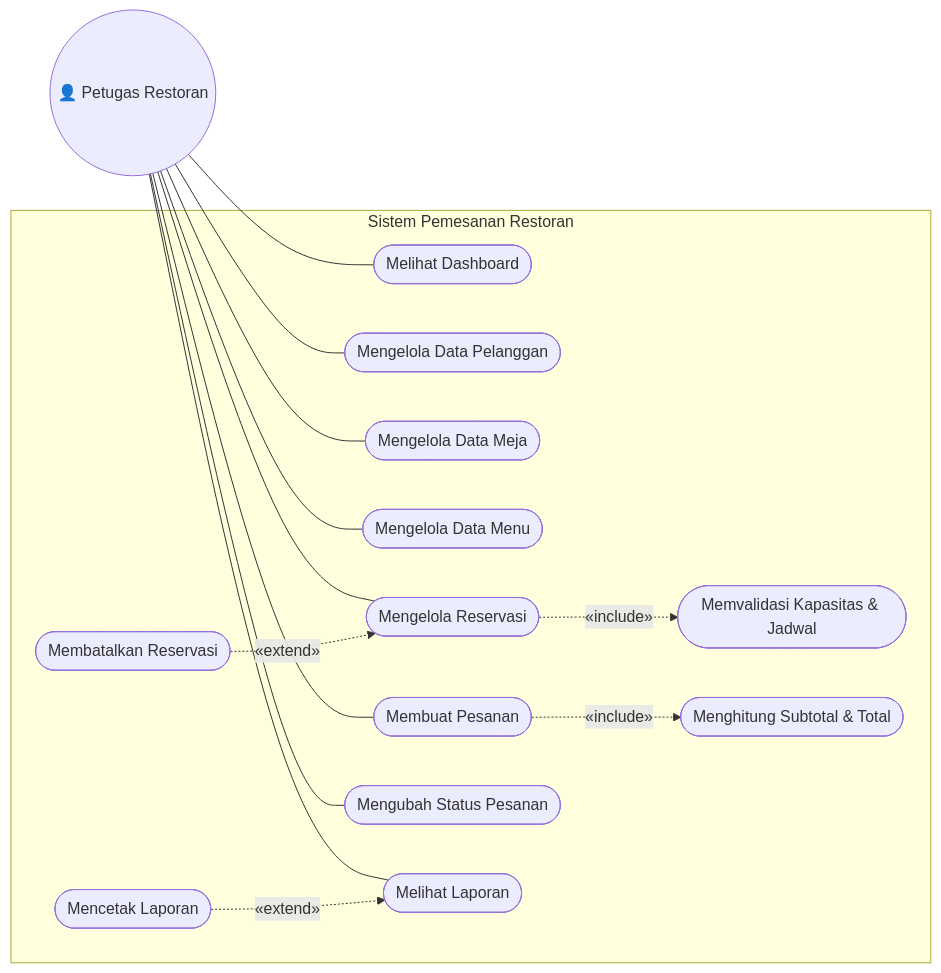
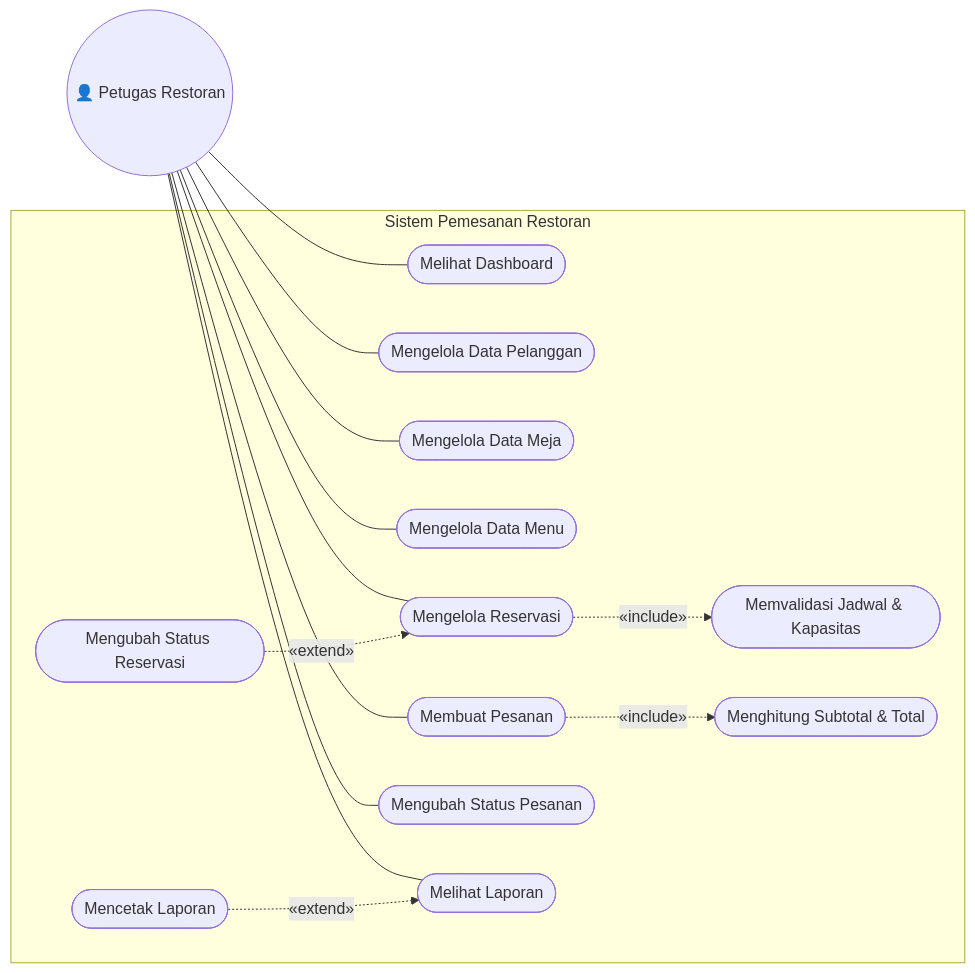
Before and after one commit to Fuentes771/LSP-Programming: the first of 8 diagrams in docs/PANDUAN-PEMBUATAN-DOCX.md, drawn with Mermaid. The commit also changed other lines of this file and 25 other files, not shown here.

````diff
--- a/docs/PANDUAN-PEMBUATAN-DOCX.md
+++ b/docs/PANDUAN-PEMBUATAN-DOCX.md
@@ -520,23 +586,23 @@
 ```mermaid
 flowchart LR
     A(("👤 Petugas Restoran"))
     subgraph S["Sistem Pemesanan Restoran"]
         UC01([Melihat Dashboard])
         UC02([Mengelola Data Pelanggan])
         UC03([Mengelola Data Meja])
         UC04([Mengelola Data Menu])
         UC05([Mengelola Reservasi])
-        UC06([Memvalidasi Kapasitas & Jadwal])
-        UC07([Membatalkan Reservasi])
+        UC06([Memvalidasi Jadwal & Kapasitas])
+        UC07([Mengubah Status Reservasi])
         UC08([Membuat Pesanan])
         UC09([Menghitung Subtotal & Total])
         UC10([Mengubah Status Pesanan])
         UC11([Melihat Laporan])
         UC12([Mencetak Laporan])
     end
     A --- UC01 & UC02 & UC03 & UC04 & UC05 & UC08 & UC10 & UC11
     UC05 -. «include» .-> UC06
     UC07 -. «extend» .-> UC05
     UC08 -. «include» .-> UC09
     UC12 -. «extend» .-> UC11
 ```
````
